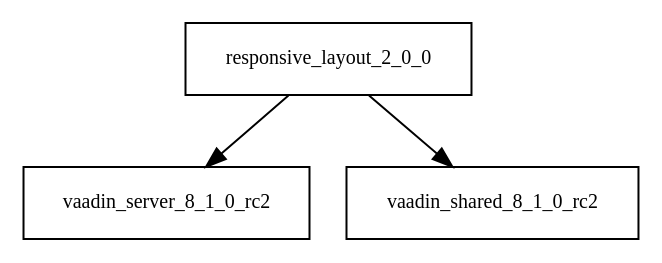
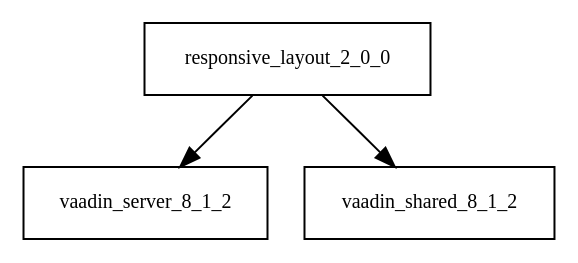
Before and after one commit to AglaianWoman/cia: the diagram in tattleTaleReport/graphviz/responsive-layout-2.0.0.jar/responsive-layout-2.0.0.jar.dot, drawn with Graphviz. The commit also changed 2149 other files, not shown here.

```diff
--- a/tattleTaleReport/graphviz/responsive-layout-2.0.0.jar/responsive-layout-2.0.0.jar.dot
+++ b/tattleTaleReport/graphviz/responsive-layout-2.0.0.jar/responsive-layout-2.0.0.jar.dot
@@ -1,5 +1,5 @@
 digraph responsive_layout_2_0_0_dependencies {
   node [shape = box, fontsize=10.0];
-  responsive_layout_2_0_0 -> vaadin_server_8_1_0_rc2;
-  responsive_layout_2_0_0 -> vaadin_shared_8_1_0_rc2;
+  responsive_layout_2_0_0 -> vaadin_server_8_1_2;
+  responsive_layout_2_0_0 -> vaadin_shared_8_1_2;
 }
```
